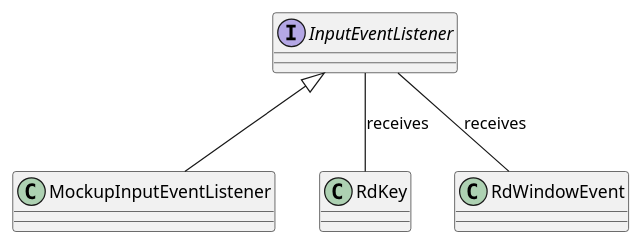
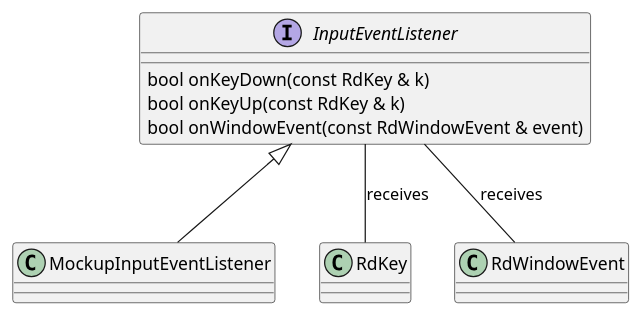
Before and after one commit to asrob-uc3m/robotDevastation-developer-manual: the diagram in en/input-management/listening-to-events.md, drawn with PlantUML.

Commit message:
Updates en/input-management/listening-to-events.md
Auto commit by GitBook Editor

```diff
--- a/en/input-management/listening-to-events.md
+++ b/en/input-management/listening-to-events.md
@@ -4,9 +4,14 @@
 {% plantuml %}
-interface InputEventListener
+interface InputEventListener {
+bool onKeyDown(const RdKey & k)
+bool onKeyUp(const RdKey & k)
+bool onWindowEvent(const RdWindowEvent & event)
+}
+
 class MockupInputEventListener
 class RdKey
 class RdWindowEvent
 InputEventListener <|-- MockupInputEventListener
 InputEventListener -- RdKey : receives
 InputEventListener -- RdWindowEvent : receives
 {% endplantuml %}
```
